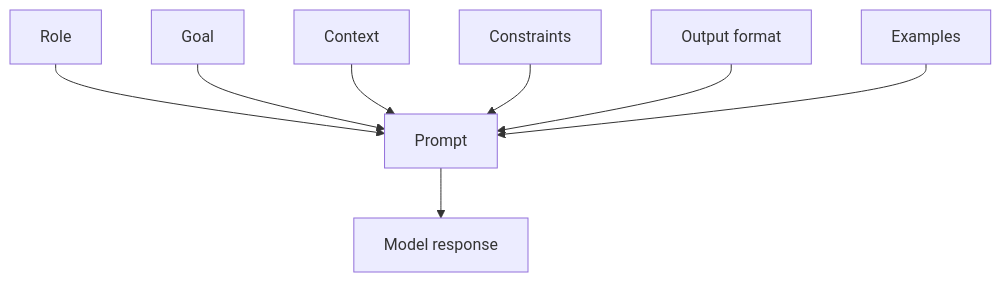
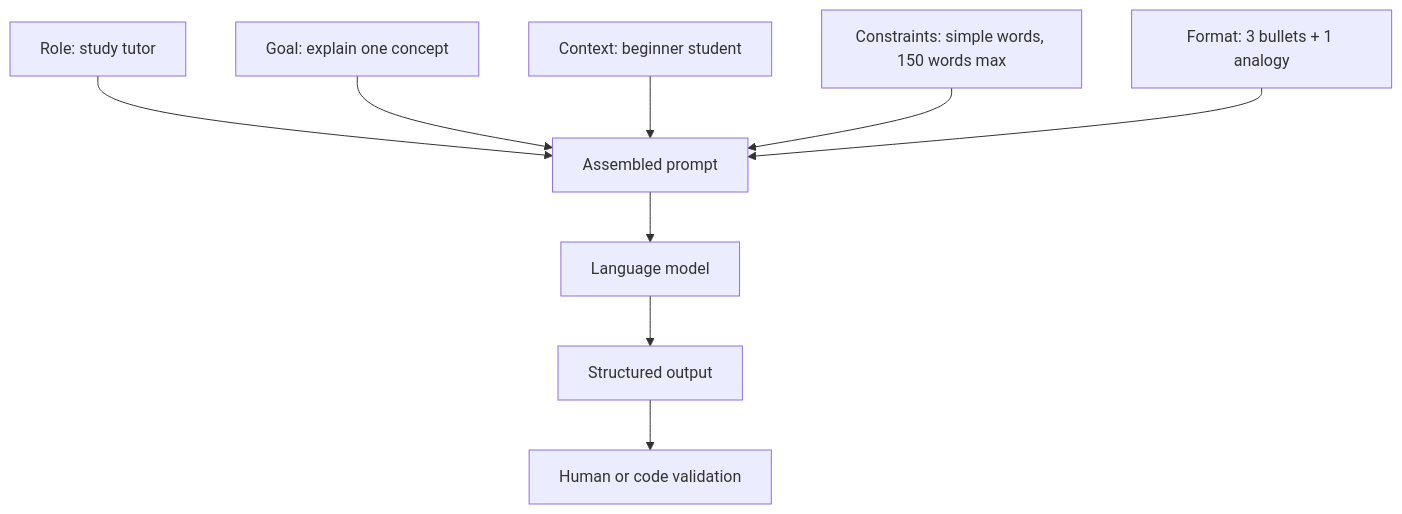
Before and after one commit to Asabeneh/30-Days-Of-AI-Engineering: the first of 12 diagrams in day_04/day_04_prompt_engineering_fundamentals.md, drawn with Mermaid. The commit also changed other lines of this file and 49 other files, not shown here.

````diff
--- a/day_04/day_04_prompt_engineering_fundamentals.md
+++ b/day_04/day_04_prompt_engineering_fundamentals.md
@@ -132,10 +68,11 @@
 ```mermaid
 flowchart TD
-        A[Role] --> P[Prompt]
-        B[Goal] --> P
-        C[Context] --> P
-        D[Constraints] --> P
-        E[Output format] --> P
-        F[Examples] --> P
-        P --> M[Model response]
+    R[Role: study tutor] --> P[Assembled prompt]
+    G[Goal: explain one concept] --> P
+    C[Context: beginner student] --> P
+    X[Constraints: simple words, 150 words max] --> P
+    F[Format: 3 bullets + 1 analogy] --> P
+    P --> M[Language model]
+    M --> O[Structured output]
+    O --> V[Human or code validation]
 ```
````
